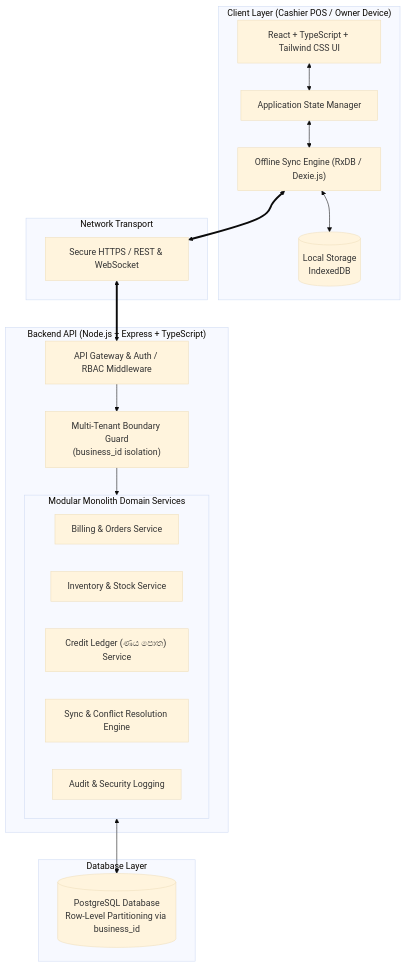
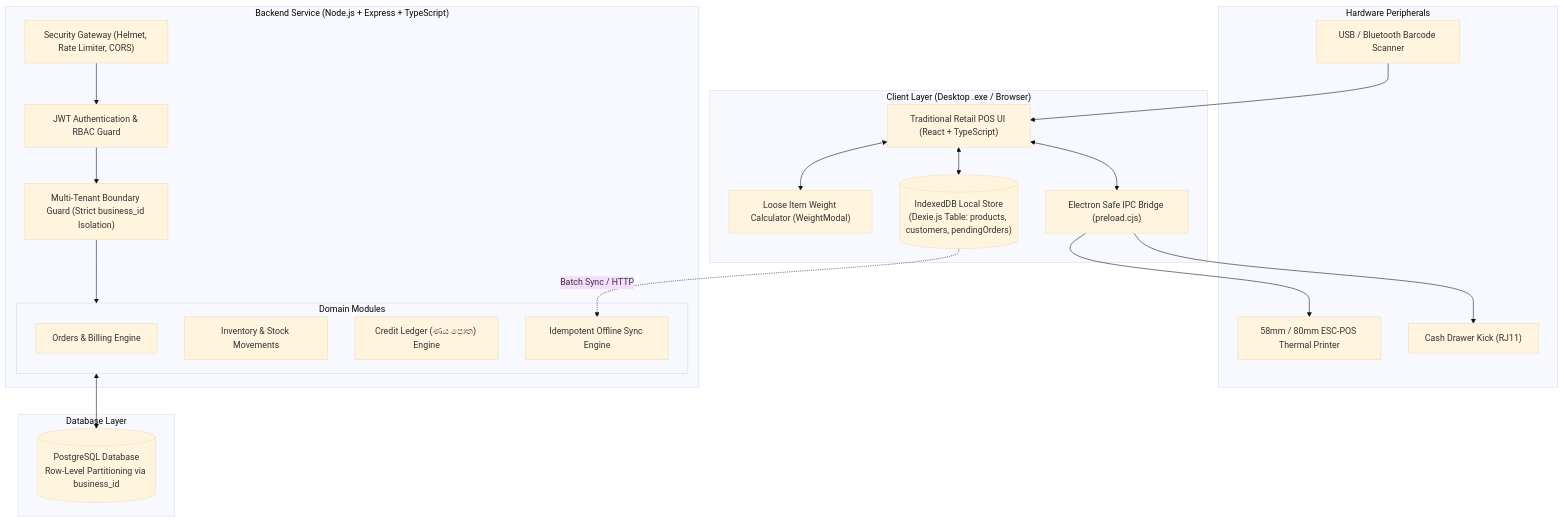
Before and after one commit to SithumH/FlexiPOS: the second of 3 diagrams in README.md, drawn with Mermaid (base theme). The commit also changed other lines of this file and 1 other file, not shown here.

Commit message:
docs: comprehensively update master README with traditional POS architecture, dual-mode desktop app, VFD display, and weight calculator specifications

````diff
--- a/README.md
+++ b/README.md
@@ -139,41 +95,45 @@
 ```mermaid
 graph TB
-    subgraph ClientLayer ["Client Layer (Cashier POS / Owner Device)"]
-        UI["React + TypeScript + Tailwind CSS UI"]
-        State["Application State Manager"]
-        SyncClient["Offline Sync Engine (RxDB / Dexie.js)"]
-        LocalDB[("Local Storage\nIndexedDB")]
+    subgraph ClientLayer ["Client Layer (Desktop .exe / Browser)"]
+        UI["Traditional Retail POS UI (React + TypeScript)"]
+        WeightEngine["Loose Item Weight Calculator (WeightModal)"]
+        LocalDB[("IndexedDB Local Store\n(Dexie.js Table: products, customers, pendingOrders)")]
+        IPCBridge["Electron Safe IPC Bridge (preload.cjs)"]
         
-        UI <--> State
-        State <--> SyncClient
-        SyncClient <--> LocalDB
+        UI <--> WeightEngine
+        UI <--> LocalDB
+        UI <--> IPCBridge
     end
 
-    subgraph Transport ["Network Transport"]
-        HTTPS["Secure HTTPS / REST & WebSocket"]
+    subgraph DesktopHardware ["Hardware Peripherals"]
+        Printer["58mm / 80mm ESC-POS Thermal Printer"]
+        CashDrawer["Cash Drawer Kick (RJ11)"]
+        Scanner["USB / Bluetooth Barcode Scanner"]
+        
+        IPCBridge --> Printer
+        IPCBridge --> CashDrawer
+        Scanner --> UI
     end
 
-    subgraph BackendLayer ["Backend API (Node.js + Express + TypeScript)"]
-        Gateway["API Gateway & Auth / RBAC Middleware"]
-        TenantGuard["Multi-Tenant Boundary Guard\n(business_id isolation)"]
+    subgraph BackendAPI ["Backend Service (Node.js + Express + TypeScript)"]
+        Gateway["Security Gateway (Helmet, Rate Limiter, CORS)"]
+        AuthMiddleware["JWT Authentication & RBAC Guard"]
+        TenantGuard["Multi-Tenant Boundary Guard (Strict business_id Isolation)"]
         
-        subgraph Modules ["Modular Monolith Domain Services"]
-            BillingSvc["Billing & Orders Service"]
-            InventorySvc["Inventory & Stock Service"]
-            CreditSvc["Credit Ledger (ණය පොත) Service"]
-            SyncSvc["Sync & Conflict Resolution Engine"]
-            AuditSvc["Audit & Security Logging"]
+        subgraph DomainModules ["Domain Modules"]
+            OrdersMod["Orders & Billing Engine"]
+            ProductsMod["Inventory & Stock Movements"]
+            CustomersMod["Credit Ledger (ණය පොත) Engine"]
+            SyncMod["Idempotent Offline Sync Engine"]
         end
         
-        Gateway --> TenantGuard
-        TenantGuard --> Modules
+        Gateway --> AuthMiddleware --> TenantGuard --> DomainModules
     end
 
-    subgraph DatabaseLayer ["Database Layer"]
+    subgraph Storage ["Database Layer"]
         PG[("PostgreSQL Database\nRow-Level Partitioning via business_id")]
     end
 
-    SyncClient <==> HTTPS
-    HTTPS <==> Gateway
-    Modules <--> PG
+    LocalDB -.->|Batch Sync / HTTP| SyncMod
+    DomainModules <--> PG
 ```
````
